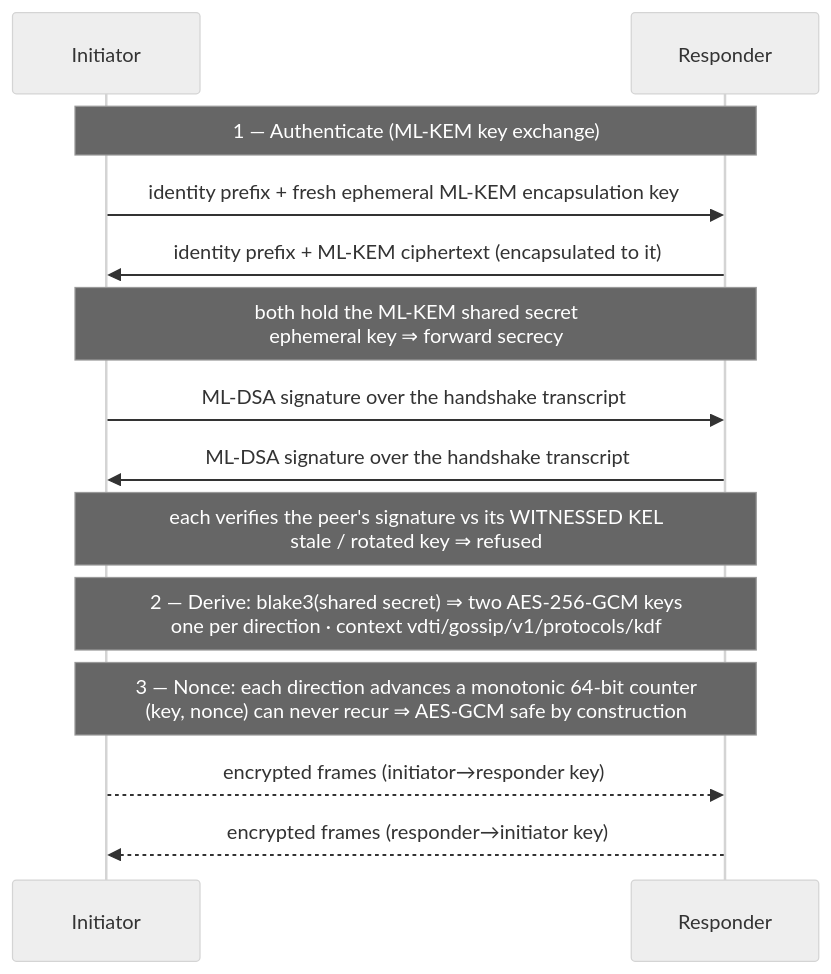
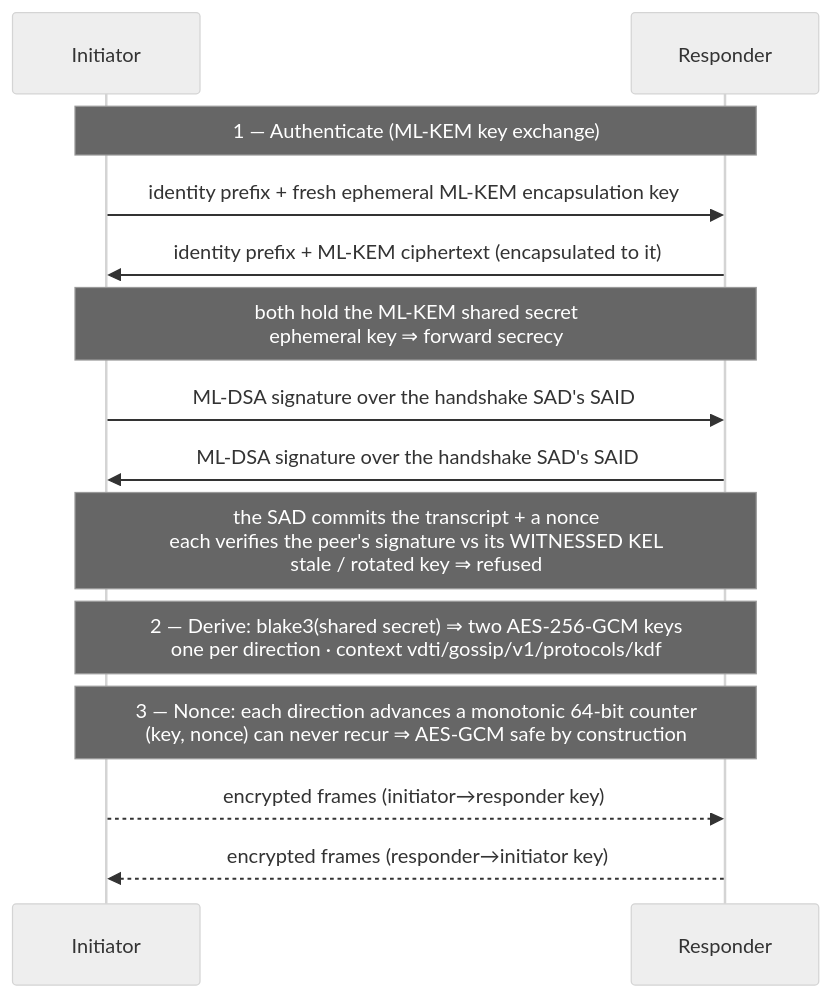
The diagram in docs/design/substrate/infrastructure/mesh-transport.md (jasoncolburne/vdti), drawn with Mermaid (neutral theme) before and after one commit. The commit also changed other lines of this file and 79 other files, not shown here.

````diff
--- a/docs/design/substrate/infrastructure/mesh-transport.md
+++ b/docs/design/substrate/infrastructure/mesh-transport.md
@@ -50,16 +69,16 @@
 ```mermaid
 sequenceDiagram
   participant I as Initiator
   participant R as Responder
   Note over I,R: 1 — Authenticate (ML-KEM key exchange)
   I->>R: identity prefix + fresh ephemeral ML-KEM encapsulation key
   R->>I: identity prefix + ML-KEM ciphertext (encapsulated to it)
   Note over I,R: both hold the ML-KEM shared secret<br/>ephemeral key ⇒ forward secrecy
-  I->>R: ML-DSA signature over the handshake transcript
-  R->>I: ML-DSA signature over the handshake transcript
-  Note over I,R: each verifies the peer's signature vs its WITNESSED KEL<br/>stale / rotated key ⇒ refused
+  I->>R: ML-DSA signature over the handshake SAD's SAID
+  R->>I: ML-DSA signature over the handshake SAD's SAID
+  Note over I,R: the SAD commits the transcript + a nonce<br/>each verifies the peer's signature vs its WITNESSED KEL<br/>stale / rotated key ⇒ refused
   Note over I,R: 2 — Derive: blake3(shared secret) ⇒ two AES-256-GCM keys<br/>one per direction · context vdti/gossip/v1/protocols/kdf
   Note over I,R: 3 — Nonce: each direction advances a monotonic 64-bit counter<br/>(key, nonce) can never recur ⇒ AES-GCM safe by construction
   I-->>R: encrypted frames (initiator→responder key)
   R-->>I: encrypted frames (responder→initiator key)
 ```
````
